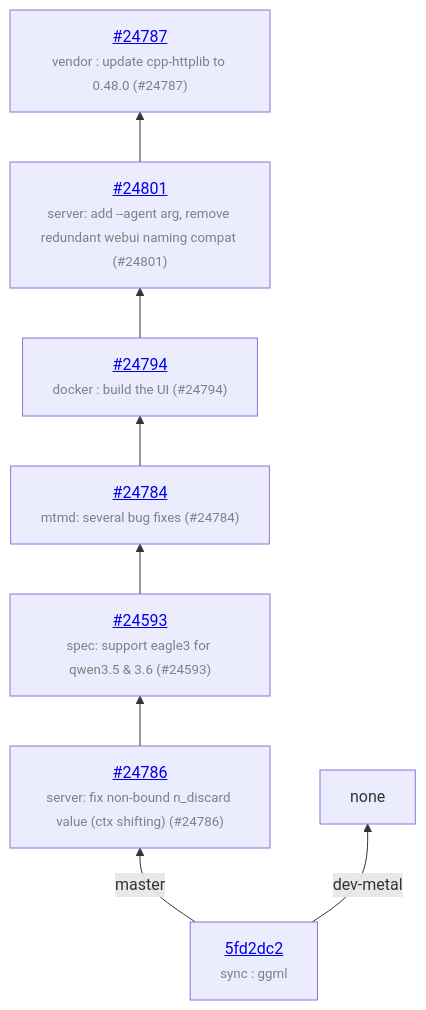
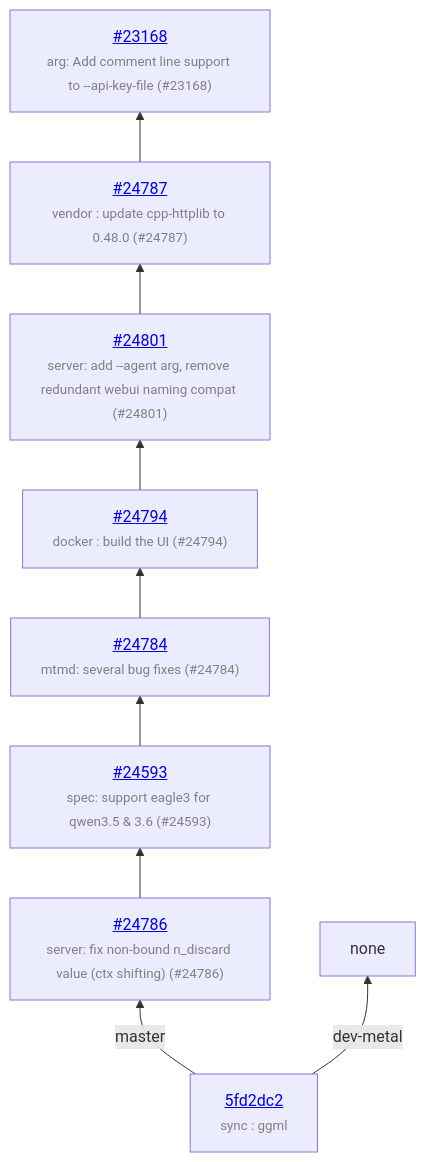
Before and after one commit to ggml-org/llama.cpp-dev: the diagram in README.md, drawn with Mermaid. The commit also changed other lines of this file and 1 other file, not shown here.

Commit message:
auto: update

````diff
--- a/README.md
+++ b/README.md
@@ -13,17 +13,19 @@
 ```mermaid
 graph BT
     COMMON["<a href='https://github.com/ggml-org/llama.cpp/commit/5fd2dc2c41c342a75c26f9756ca6b1814ed05fb4'>5fd2dc2</a><br/><span style="font-size:smaller;color:gray">sync : ggml</span>"]
     COMMON -->|master| C_159d093
     C_159d093["<a href='https://github.com/ggml-org/llama.cpp/pull/24786'>#24786</a><br/><span style="font-size:smaller;color:gray">server: fix non-bound n_discard value (ctx shifting) (#24786)</span>"]
     C_159d093 --> C_b14e3fb
     C_b14e3fb["<a href='https://github.com/ggml-org/llama.cpp/pull/24593'>#24593</a><br/><span style="font-size:smaller;color:gray">spec: support eagle3 for qwen3.5 & 3.6 (#24593)</span>"]
     C_b14e3fb --> C_e2e7a9b
     C_e2e7a9b["<a href='https://github.com/ggml-org/llama.cpp/pull/24784'>#24784</a><br/><span style="font-size:smaller;color:gray">mtmd: several bug fixes (#24784)</span>"]
     C_e2e7a9b --> C_38724ab
     C_38724ab["<a href='https://github.com/ggml-org/llama.cpp/pull/24794'>#24794</a><br/><span style="font-size:smaller;color:gray">docker : build the UI (#24794)</span>"]
     C_38724ab --> C_8c2d6f6
     C_8c2d6f6["<a href='https://github.com/ggml-org/llama.cpp/pull/24801'>#24801</a><br/><span style="font-size:smaller;color:gray">server: add --agent arg, remove redundant webui naming compat (#24801)</span>"]
     C_8c2d6f6 --> C_0d2d9cc
     C_0d2d9cc["<a href='https://github.com/ggml-org/llama.cpp/pull/24787'>#24787</a><br/><span style="font-size:smaller;color:gray">vendor : update cpp-httplib to 0.48.0 (#24787)</span>"]
+    C_0d2d9cc --> C_fabde3b
+    C_fabde3b["<a href='https://github.com/ggml-org/llama.cpp/pull/23168'>#23168</a><br/><span style="font-size:smaller;color:gray">arg: Add comment line support to --api-key-file (#23168)</span>"]
     COMMON -->|dev-metal| none
 ```
````
